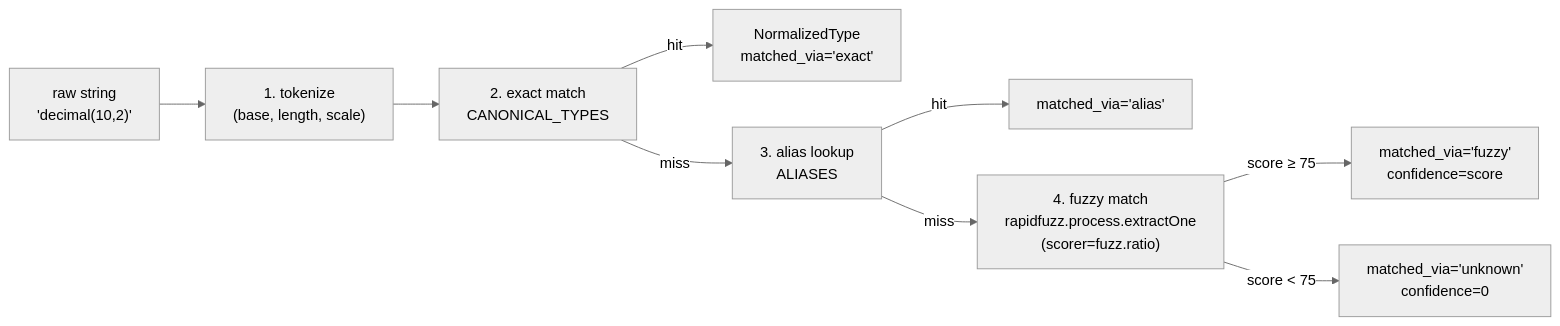
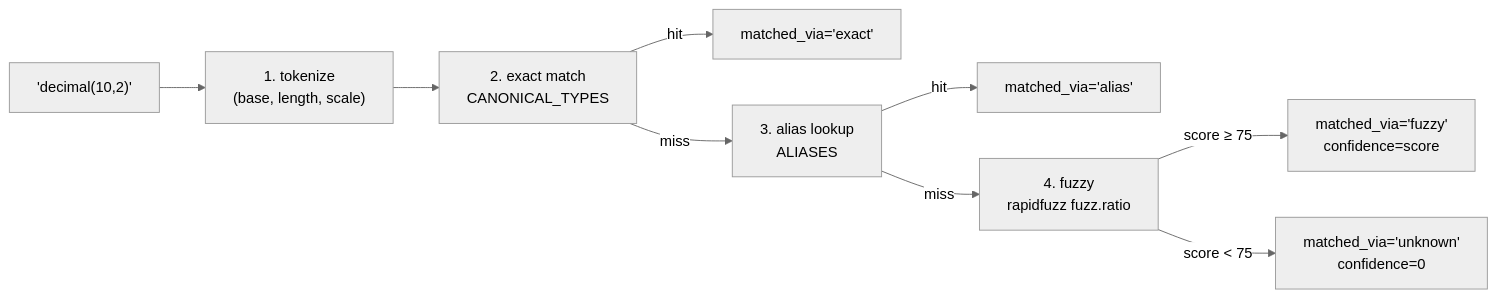
One commit to Carlosmps97/backend-data-model-hub changed the diagram in doc/tools.md. Above: the diagram before and after it, drawn with Mermaid (neutral theme). The commit also changed other lines of this file and 23 other files, not shown here.

````diff
--- a/doc/tools.md
+++ b/doc/tools.md
@@ -102,11 +106,11 @@
 ```mermaid
 flowchart LR
-    R["raw string<br/>'decimal(10,2)'"] --> T["1. tokenize<br/>(base, length, scale)"]
+    R["'decimal(10,2)'"] --> T["1. tokenize<br/>(base, length, scale)"]
     T --> E["2. exact match<br/>CANONICAL_TYPES"]
-    E -->|hit| OK1["NormalizedType<br/>matched_via='exact'"]
+    E -->|hit| OK1["matched_via='exact'"]
     E -->|miss| A["3. alias lookup<br/>ALIASES"]
     A -->|hit| OK2["matched_via='alias'"]
-    A -->|miss| F["4. fuzzy match<br/>rapidfuzz.process.extractOne<br/>(scorer=fuzz.ratio)"]
+    A -->|miss| F["4. fuzzy<br/>rapidfuzz fuzz.ratio"]
     F -->|score ≥ 75| OK3["matched_via='fuzzy'<br/>confidence=score"]
     F -->|score < 75| U["matched_via='unknown'<br/>confidence=0"]
 ```
````
